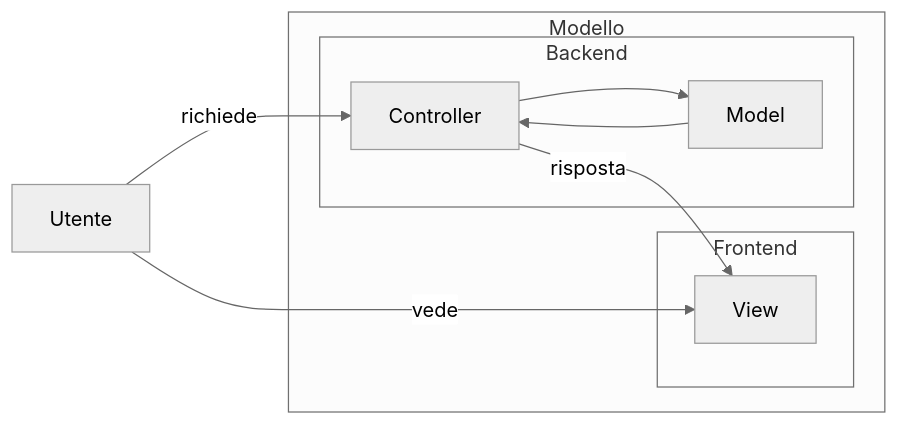
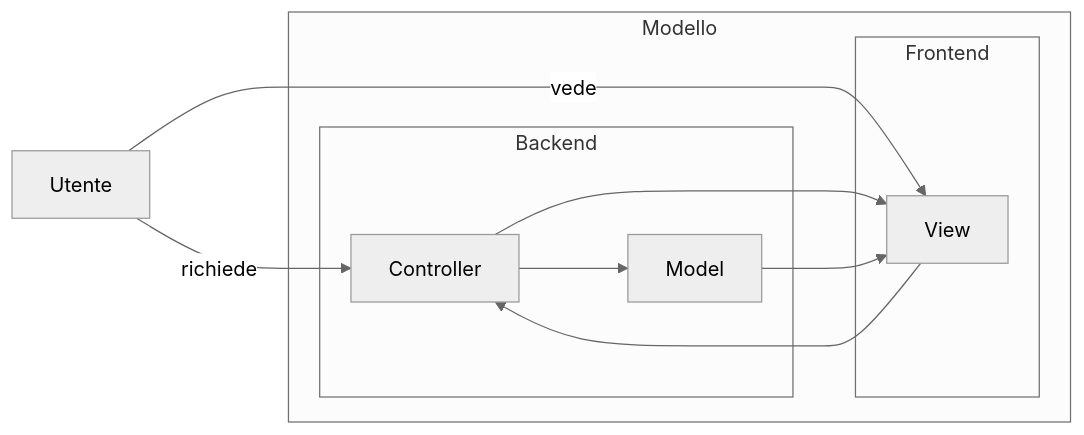
Before and after one commit to iacobucci/sviluppo_web_in_javascript: the first of 2 diagrams in slides/3.md, drawn with Mermaid. The commit also changed other lines of this file and 27 other files, not shown here.

```diff
--- a/slides/3.md
+++ b/slides/3.md
@@ -29,16 +30,17 @@
 <div class="mermaid">
 %%{init: {'theme': 'neutral', 'mirrorActors': false} }%%
 flowchart LR
 	UTENTE[Utente] -->|richiede| CONTROLLER[Controller]
-	UTENTE -->|vede| VIEW[View]
+	UTENTE -->|vede| VIEW
 	subgraph Modello
+		subgraph Backend
+			CONTROLLER --> MODEL[Model]
+		end
 		subgraph Frontend
-			VIEW
-		end
-		subgraph Backend
-			MODEL --> CONTROLLER
-			CONTROLLER --> MODEL[Model]
-			CONTROLLER -->|risposta| VIEW
+			VIEW[View]
+			CONTROLLER --> VIEW
+			VIEW --> CONTROLLER
+			MODEL --> VIEW
 		end
 	end
 </div>
```
